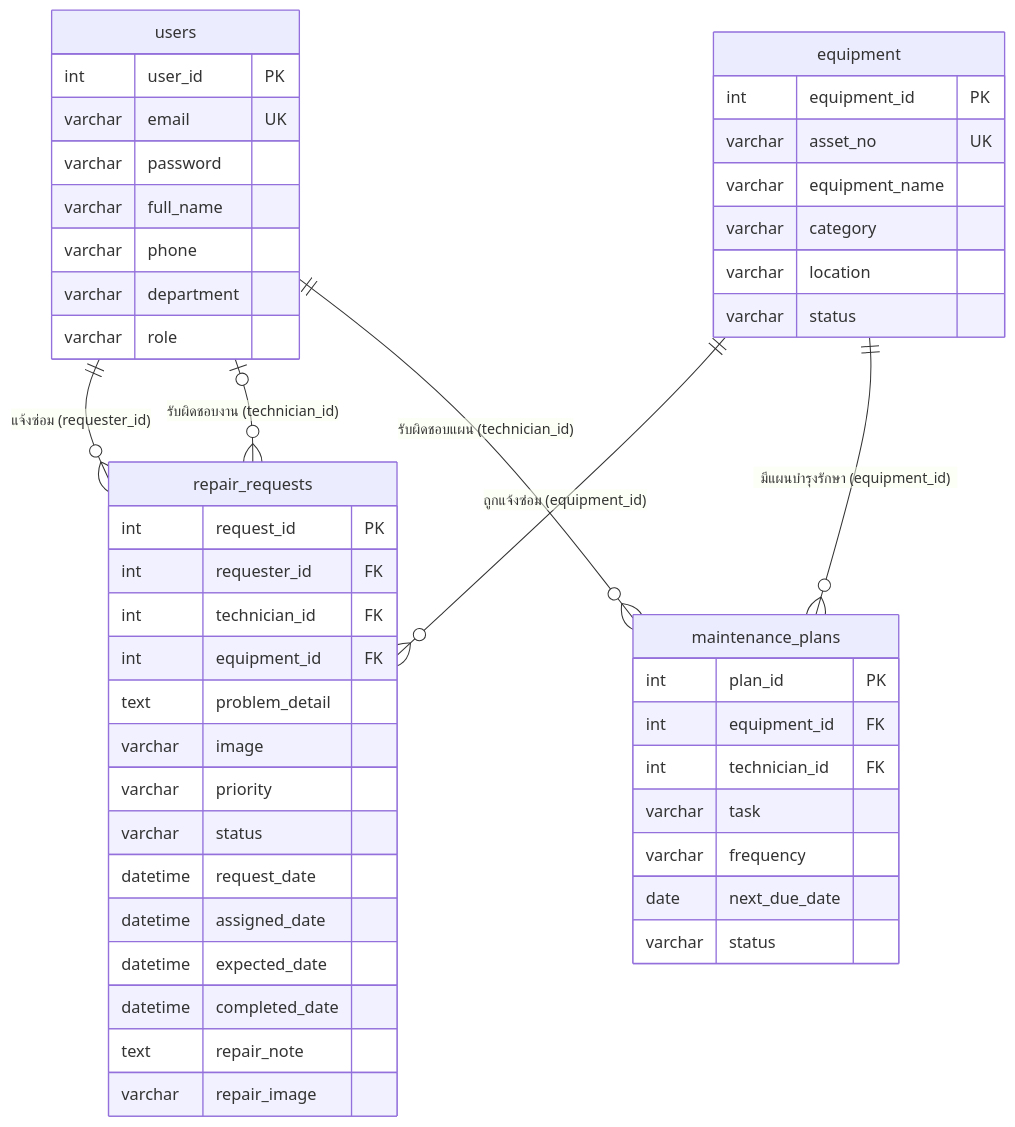
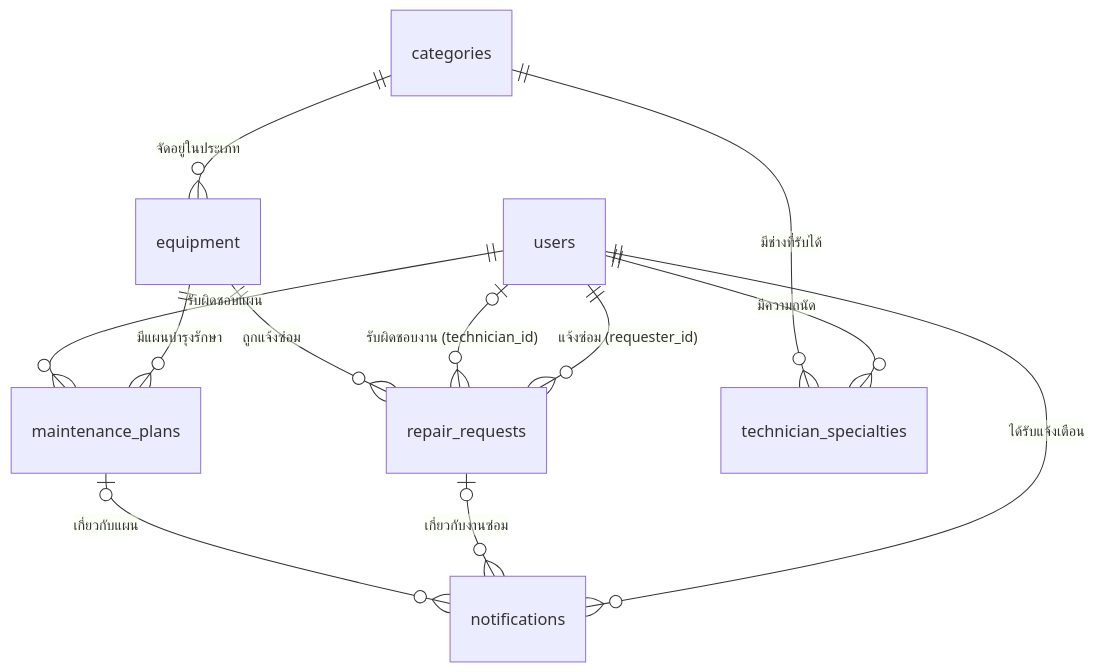
Before and after one commit to novterss/Repair-Center-Rangsit-University-RSU-: the second of 2 diagrams in SYSTEM_DOCUMENTATION.md, drawn with Mermaid. The commit also changed other lines of this file and 11 other files, not shown here.

````diff
--- a/SYSTEM_DOCUMENTATION.md
+++ b/SYSTEM_DOCUMENTATION.md
@@ -140,51 +183,14 @@
 ```mermaid
 erDiagram
     users ||--o{ repair_requests : "แจ้งซ่อม (requester_id)"
     users |o--o{ repair_requests : "รับผิดชอบงาน (technician_id)"
-    equipment ||--o{ repair_requests : "ถูกแจ้งซ่อม (equipment_id)"
-    equipment ||--o{ maintenance_plans : "มีแผนบำรุงรักษา (equipment_id)"
-    users ||--o{ maintenance_plans : "รับผิดชอบแผน (technician_id)"
-
-    users {
-        int user_id PK
-        varchar email UK
-        varchar password
-        varchar full_name
-        varchar phone
-        varchar department
-        varchar role
-    }
-    equipment {
-        int equipment_id PK
-        varchar asset_no UK
-        varchar equipment_name
-        varchar category
-        varchar location
-        varchar status
-    }
-    repair_requests {
-        int request_id PK
-        int requester_id FK
-        int technician_id FK
-        int equipment_id FK
-        text problem_detail
-        varchar image
-        varchar priority
-        varchar status
-        datetime request_date
-        datetime assigned_date
-        datetime expected_date
-        datetime completed_date
-        text repair_note
-        varchar repair_image
-    }
-    maintenance_plans {
-        int plan_id PK
-        int equipment_id FK
-        int technician_id FK
-        varchar task
-        varchar frequency
-        date next_due_date
-        varchar status
-    }
+    equipment ||--o{ repair_requests : "ถูกแจ้งซ่อม"
+    equipment ||--o{ maintenance_plans : "มีแผนบำรุงรักษา"
+    users ||--o{ maintenance_plans : "รับผิดชอบแผน"
+    categories ||--o{ equipment : "จัดอยู่ในประเภท"
+    users ||--o{ technician_specialties : "มีความถนัด"
+    categories ||--o{ technician_specialties : "มีช่างที่รับได้"
+    users ||--o{ notifications : "ได้รับแจ้งเตือน"
+    repair_requests |o--o{ notifications : "เกี่ยวกับงานซ่อม"
+    maintenance_plans |o--o{ notifications : "เกี่ยวกับแผน"
 ```
````
